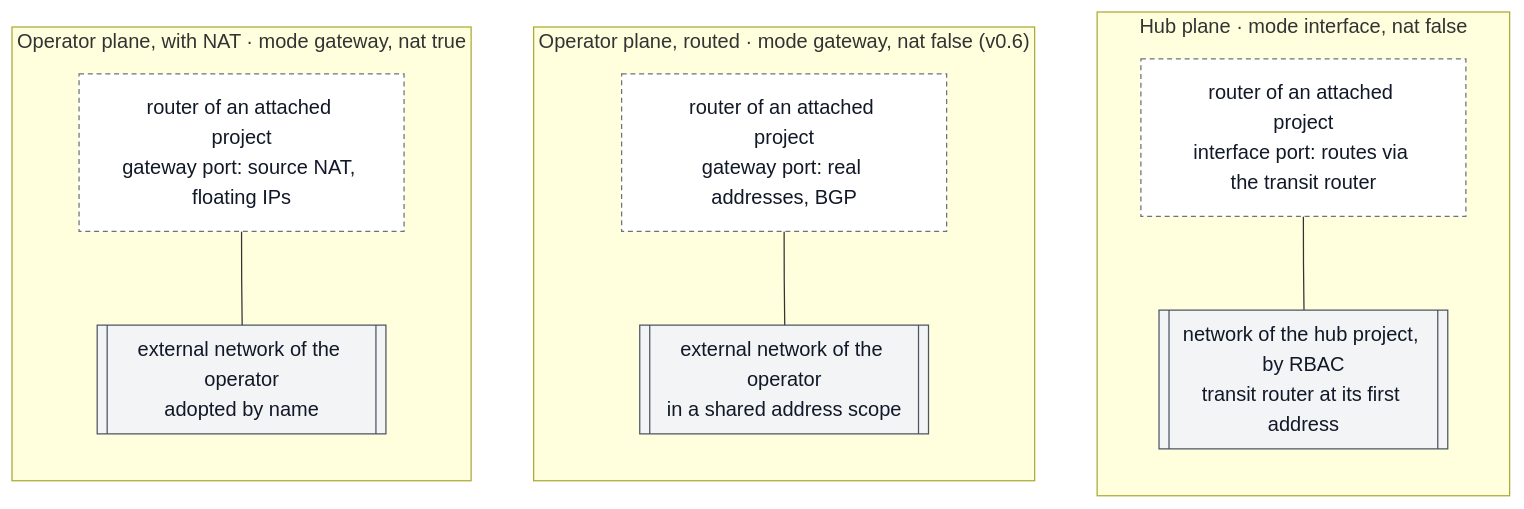
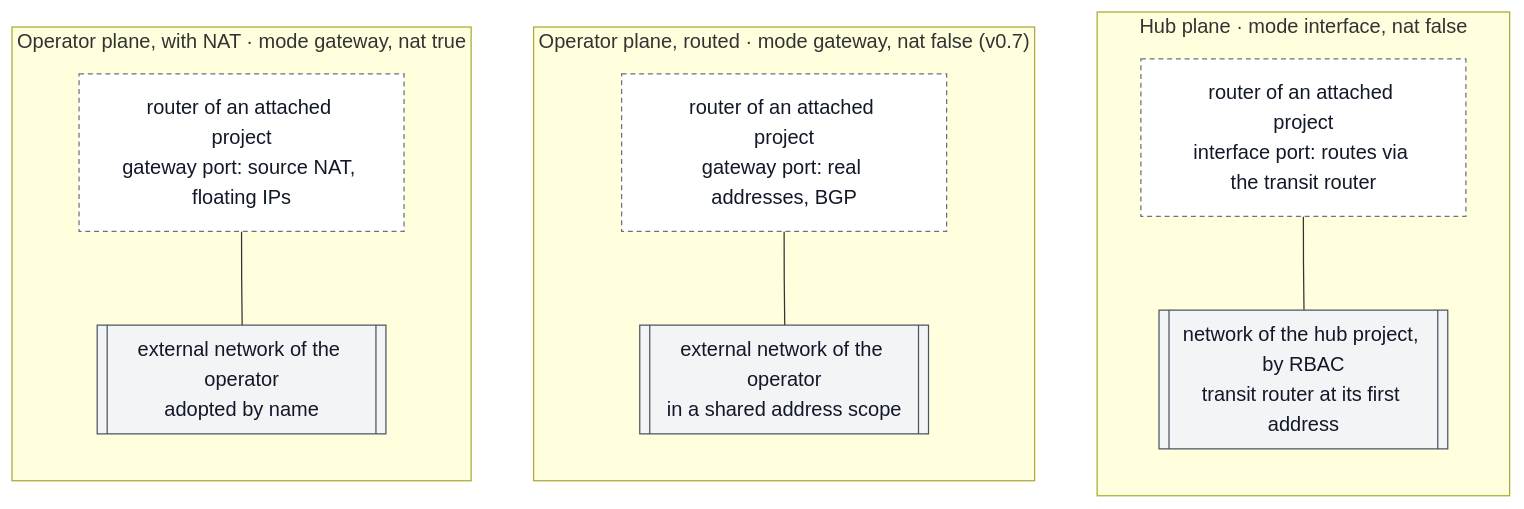
Before and after one commit to CyprisTech/openstack-multitenant-reference: the first of 2 diagrams in stacks/shared/planes/README.md, drawn with Mermaid. The commit also changed other lines of this file and 6 other files, not shown here.

````diff
--- a/stacks/shared/planes/README.md
+++ b/stacks/shared/planes/README.md
@@ -14,27 +14,27 @@
 ```mermaid
 flowchart LR
     subgraph NAT["Operator plane, with NAT · mode gateway, nat true"]
         direction TB
         P1[["external network of the operator<br/>adopted by name"]]
         R1["router of an attached project<br/>gateway port: source NAT, floating IPs"]
         R1 --- P1
     end
-    subgraph RT["Operator plane, routed · mode gateway, nat false (v0.6)"]
+    subgraph RT["Operator plane, routed · mode gateway, nat false (v0.7)"]
         direction TB
         P2[["external network of the operator<br/>in a shared address scope"]]
         R2["router of an attached project<br/>gateway port: real addresses, BGP"]
         R2 --- P2
     end
     subgraph HUB["Hub plane · mode interface, nat false"]
         direction TB
         P3[["network of the hub project, by RBAC<br/>transit router at its first address"]]
         R3["router of an attached project<br/>interface port: routes via the transit router"]
         R3 --- P3
     end
     NAT ~~~ RT ~~~ HUB
 
     classDef plane fill:#f3f4f6,stroke:#4b5563,color:#111827
     classDef other fill:#ffffff,stroke:#6b7280,color:#111827,stroke-dasharray:4 3
     class P1,P2,P3 plane
     class R1,R2,R3 other
 ```
````
